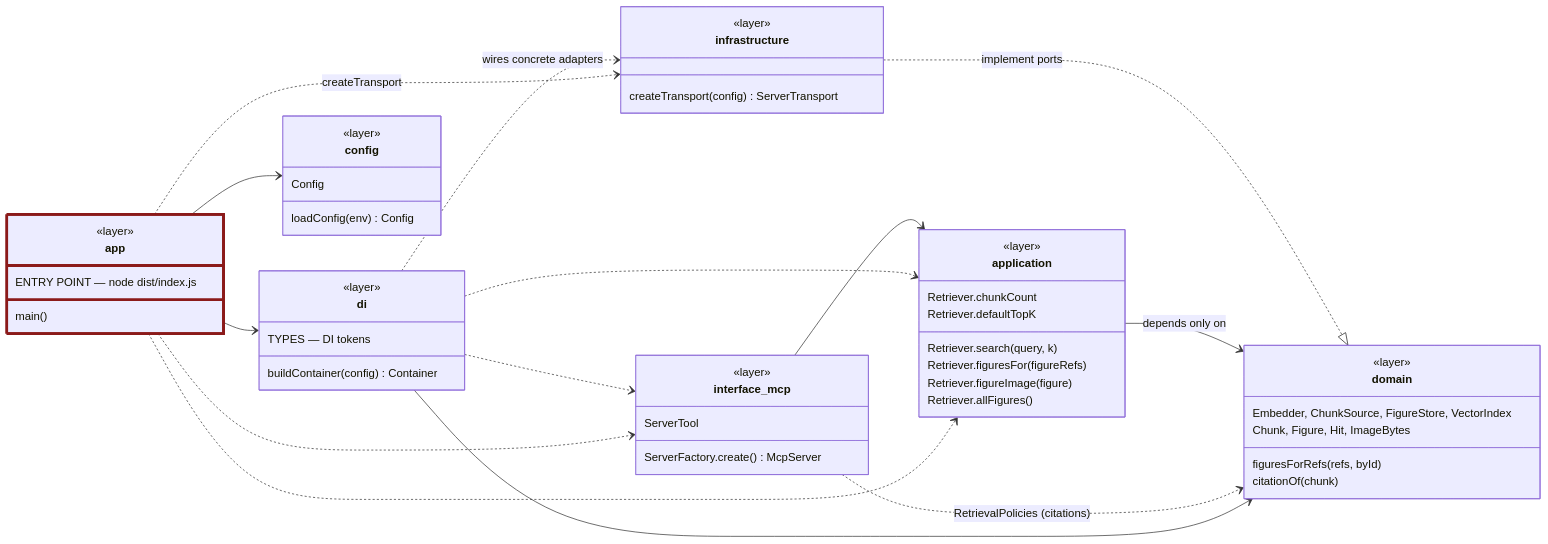
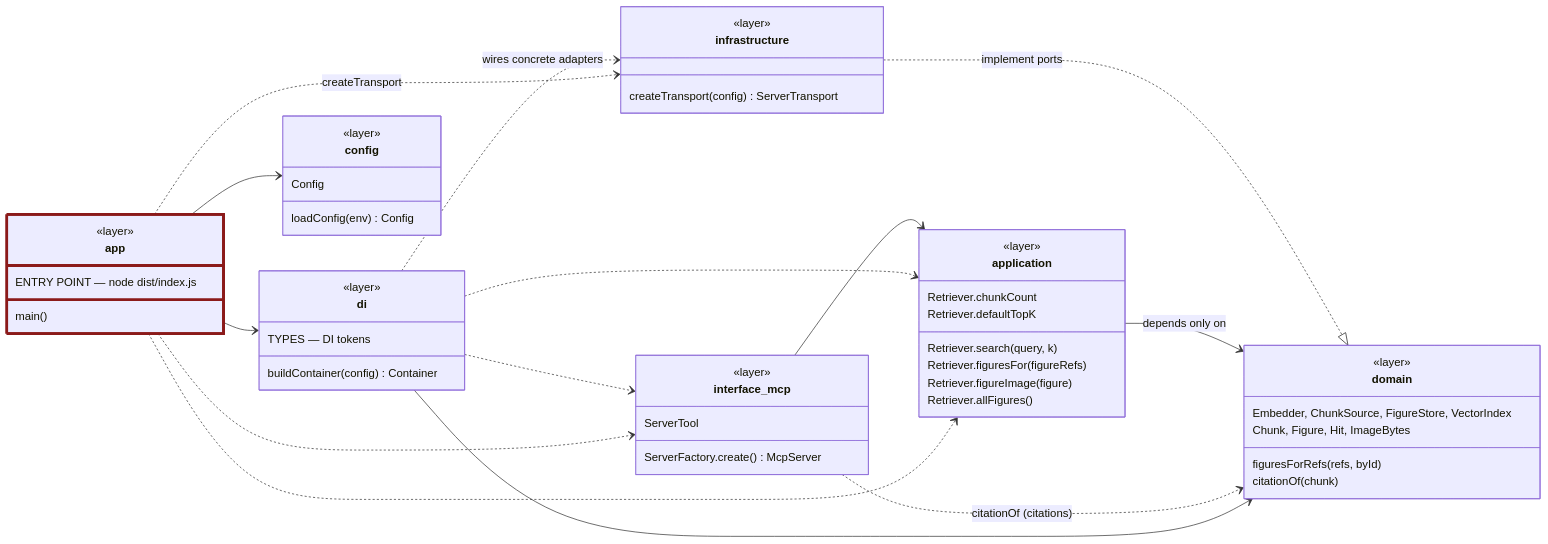
Before and after one commit to SzatanKluska/MCPSWEBOK: diagram 11 of 19 in docs/architecture/system-class-diagram.md, drawn with Mermaid. The commit also changed other lines of this file and 6 other files, not shown here.

````diff
--- a/docs/architecture/system-class-diagram.md
+++ b/docs/architecture/system-class-diagram.md
@@ -451,53 +476,53 @@
 ```mermaid
 classDiagram
   direction LR
 
   class domain { <<layer>>
     Embedder, ChunkSource, FigureStore, VectorIndex
     Chunk, Figure, Hit, ImageBytes
     figuresForRefs(refs, byId)
     citationOf(chunk)
   }
   class application { <<layer>>
     Retriever.search(query, k)
     Retriever.figuresFor(figureRefs)
     Retriever.figureImage(figure)
     Retriever.allFigures()
     Retriever.chunkCount
     Retriever.defaultTopK
   }
   class infrastructure { <<layer>>
     createTransport(config) ServerTransport
   }
   class interface_mcp { <<layer>>
     ServerFactory.create() McpServer
     ServerTool
   }
   class di { <<layer>>
     buildContainer(config) Container
     TYPES — DI tokens
   }
   class config { <<layer>>
     loadConfig(env) Config
     Config
   }
   class app { <<layer>>
     ENTRY POINT — node dist/index.js
     main()
   }
 
   infrastructure ..|> domain : implement ports
   application --> domain : depends only on
   interface_mcp --> application
-  interface_mcp ..> domain : RetrievalPolicies (citations)
+  interface_mcp ..> domain : citationOf (citations)
   di ..> infrastructure : wires concrete adapters
   di ..> application
   di ..> interface_mcp
   di --> domain
   app --> di
   app --> config
   app ..> application
   app ..> interface_mcp
   app ..> infrastructure : createTransport
   style app stroke:#8B1A1A,stroke-width:4px
 ```
````
